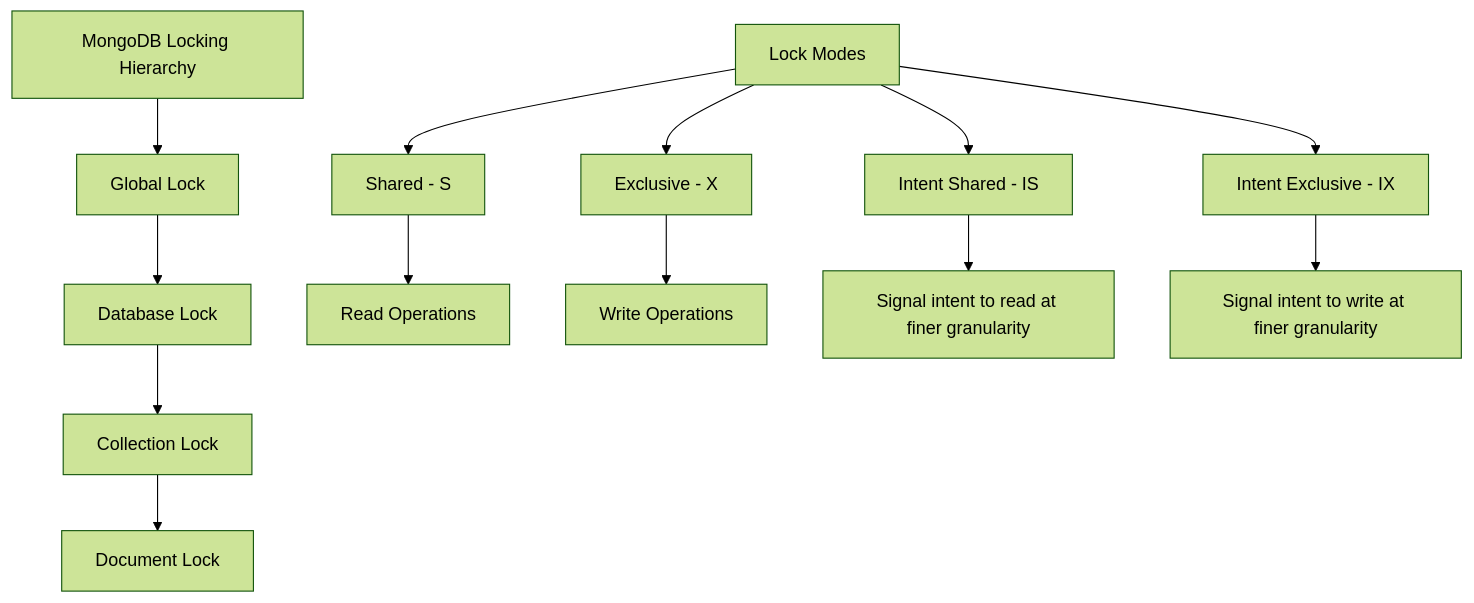
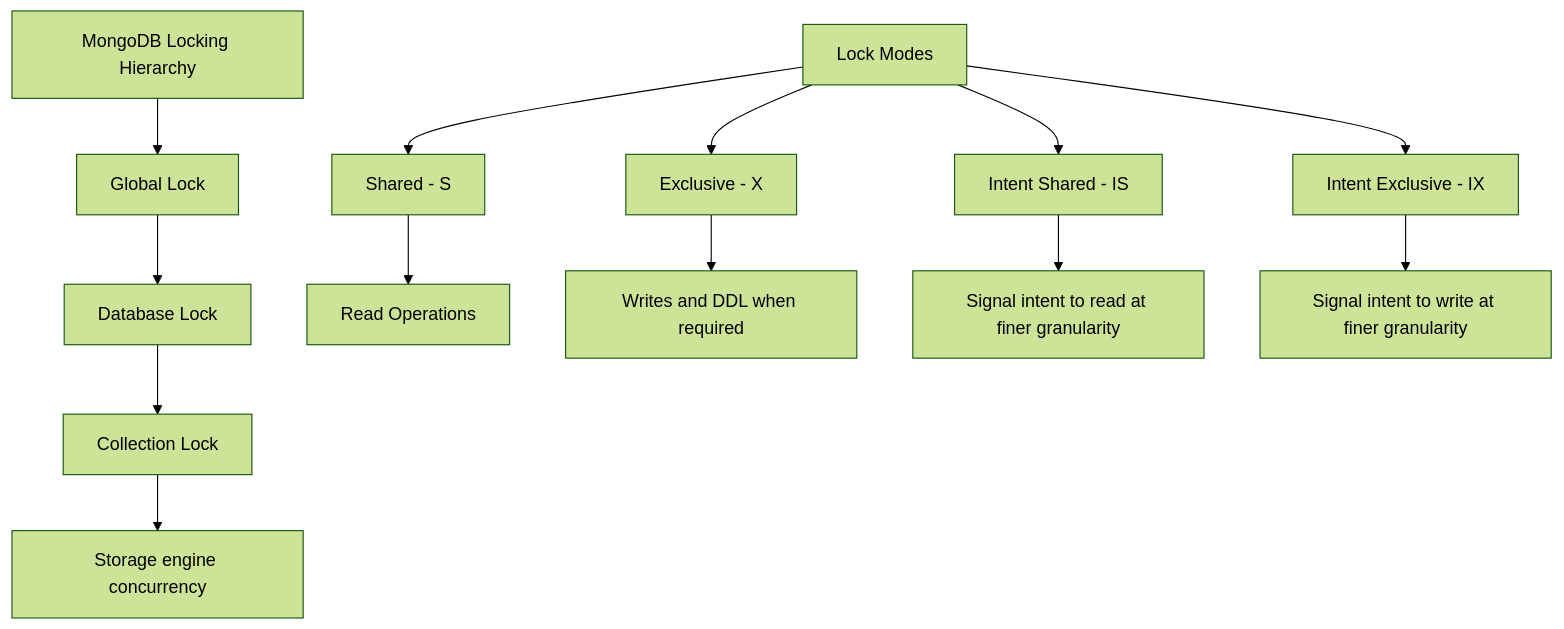
The diagram in posts/2025-12-15-fix-cannot-acquire-exclusive-lock-errors/README.md (OneUptime/blog), drawn with Mermaid (forest theme) before and after one commit. The commit also changed other lines of this file and 2 other files, not shown here.

Commit message:
validate: 2025-12-15-fix-cannot-acquire-exclusive-lock-errors

````diff
--- a/posts/2025-12-15-fix-cannot-acquire-exclusive-lock-errors/README.md
+++ b/posts/2025-12-15-fix-cannot-acquire-exclusive-lock-errors/README.md
@@ -17,17 +17,17 @@
 ```mermaid
 flowchart TD
     A[MongoDB Locking Hierarchy] --> B[Global Lock]
     B --> C[Database Lock]
     C --> D[Collection Lock]
-    D --> E[Document Lock]
+    D --> E[Storage engine concurrency]
 
     F[Lock Modes] --> G[Shared - S]
     F --> H[Exclusive - X]
     F --> I[Intent Shared - IS]
     F --> J[Intent Exclusive - IX]
 
     G --> K[Read Operations]
-    H --> L[Write Operations]
+    H --> L[Writes and DDL when required]
     I --> M[Signal intent to read at finer granularity]
     J --> N[Signal intent to write at finer granularity]
 ```
````
